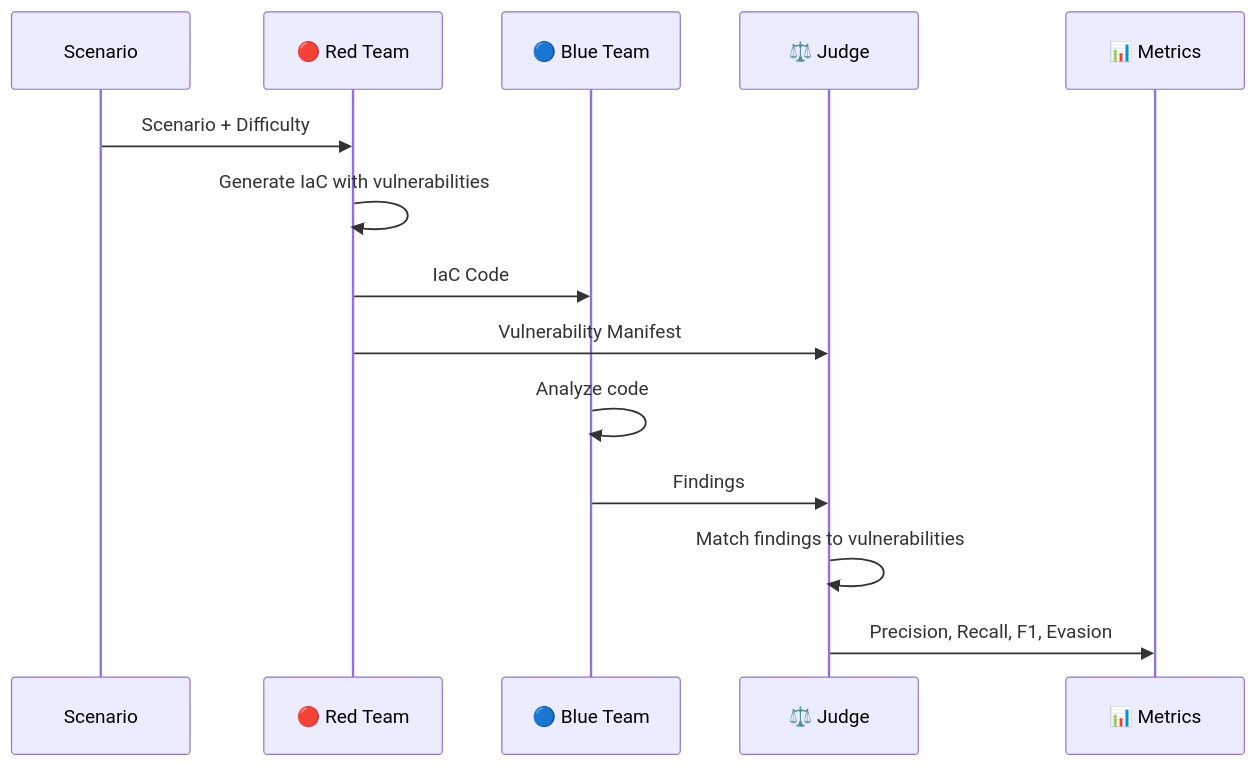
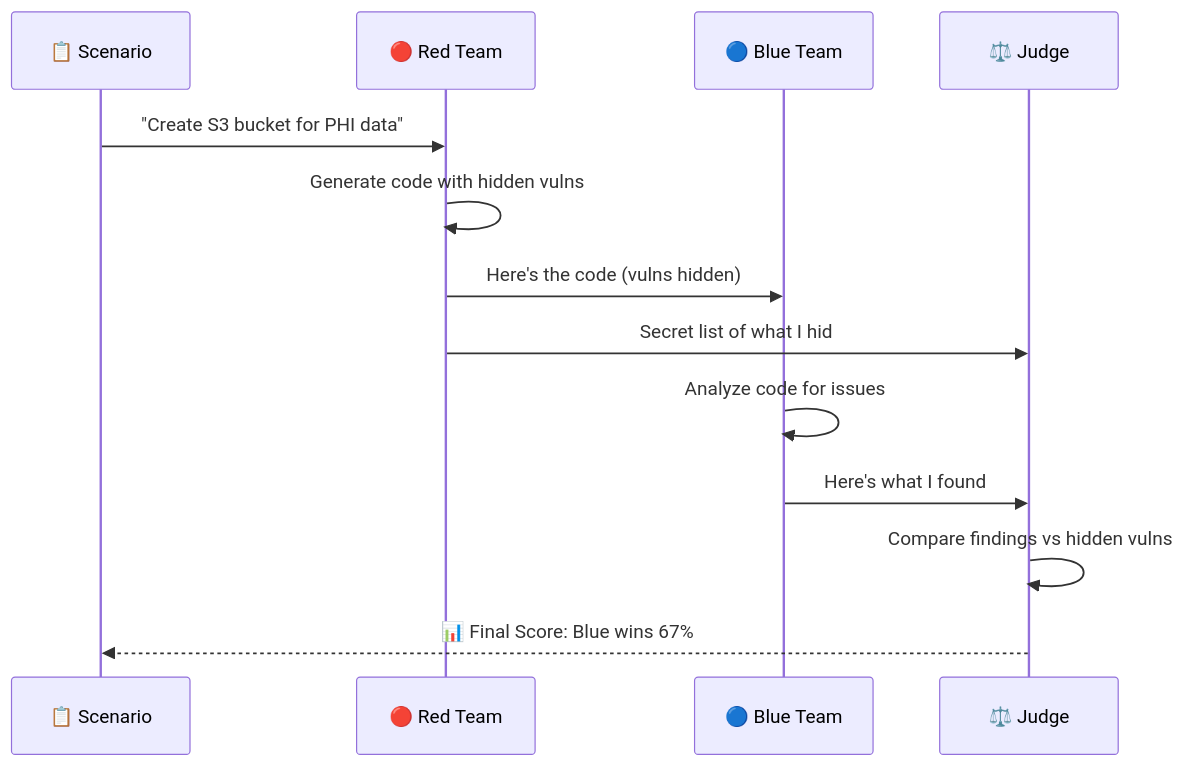
Before and after one commit to brianterry/Adversarial-IaC-Evaluation: the diagram in docs/framework/architecture.md, drawn with Mermaid. The commit also changed other lines of this file and 31 other files, not shown here.

````diff
--- a/docs/framework/architecture.md
+++ b/docs/framework/architecture.md
@@ -7,17 +15,16 @@
 ```mermaid
 sequenceDiagram
-    participant S as Scenario
+    participant S as 📋 Scenario
     participant R as 🔴 Red Team
     participant B as 🔵 Blue Team
     participant J as ⚖️ Judge
-    participant M as 📊 Metrics
 
-    S->>R: Scenario + Difficulty
-    R->>R: Generate IaC with vulnerabilities
-    R->>B: IaC Code
-    R->>J: Vulnerability Manifest
-    B->>B: Analyze code
-    B->>J: Findings
-    J->>J: Match findings to vulnerabilities
-    J->>M: Precision, Recall, F1, Evasion
+    S->>R: "Create S3 bucket for PHI data"
+    R->>R: Generate code with hidden vulns
+    R->>B: Here's the code (vulns hidden)
+    R->>J: Secret list of what I hid
+    B->>B: Analyze code for issues
+    B->>J: Here's what I found
+    J->>J: Compare findings vs hidden vulns
+    J-->>S: 📊 Final Score: Blue wins 67%
 ```
````
